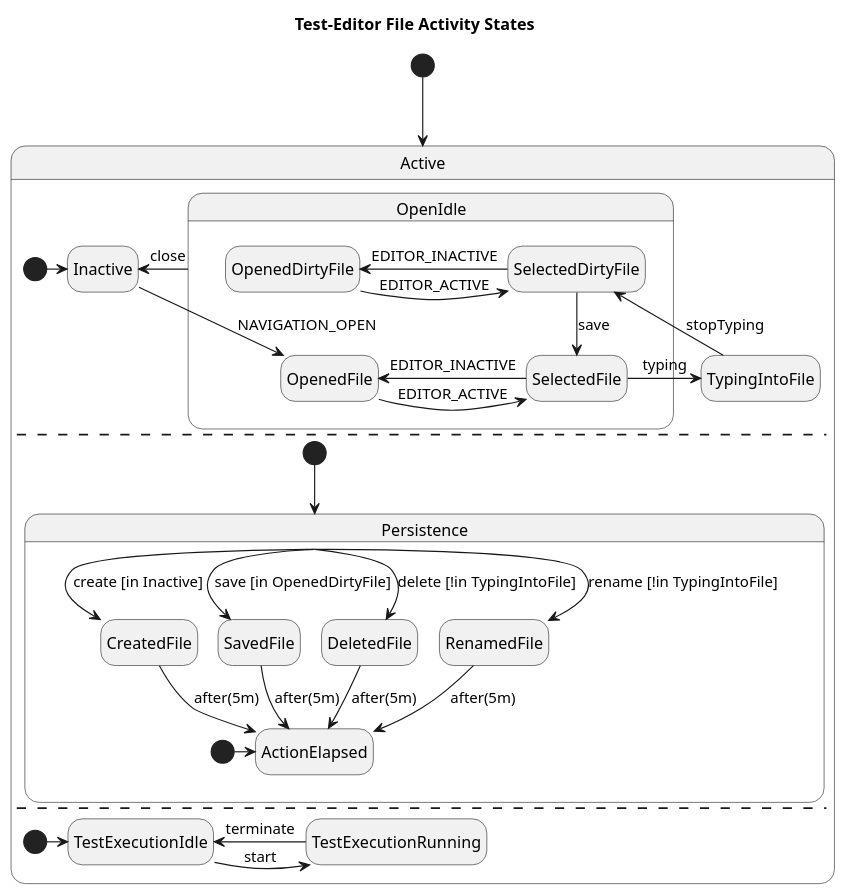
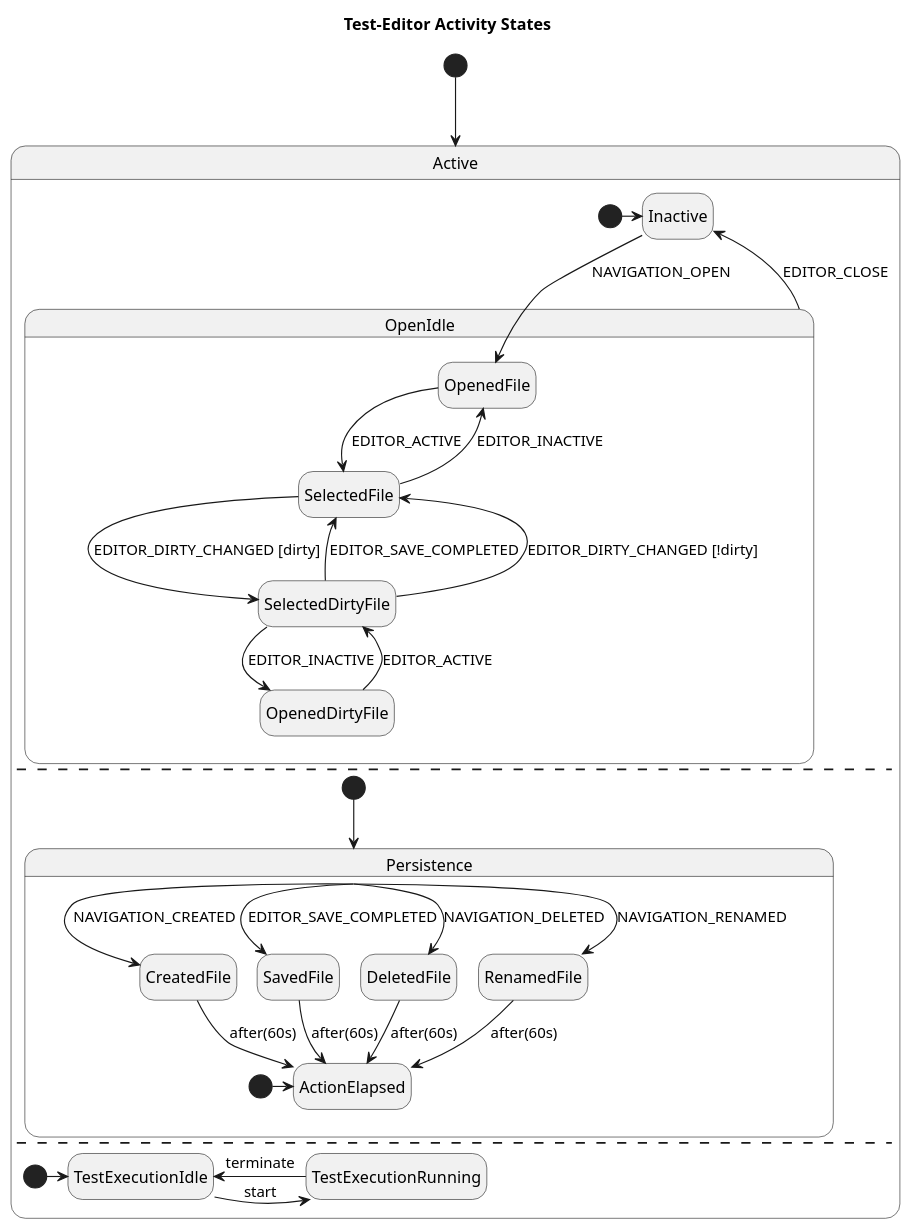
Before and after one commit to test-editor/test-editor-web: the diagram in src/app/user-activity-config/doc/user-activity.plantuml, drawn with PlantUML.

Commit message:
update state chart to reflect user activity config

```diff
--- a/src/app/user-activity-config/doc/user-activity.plantuml
+++ b/src/app/user-activity-config/doc/user-activity.plantuml
@@ -1,46 +1,52 @@
 @startuml
 
-title Test-Editor File Activity States
+title Test-Editor Activity States
 hide empty description
+skinparam Monochrome true
 
 [*] --> Active
 state Active {
   [*] -> Inactive
 
   state OpenIdle {
     state OpenedFile
     state OpenedDirtyFile
     state SelectedFile
     state SelectedDirtyFile
   }
 
-  TypingIntoFile --> SelectedDirtyFile : stopTyping
-  SelectedFile -> TypingIntoFile : typing
   Inactive --> OpenedFile : NAVIGATION_OPEN
-  OpenIdle --> Inactive : close
-  OpenedFile -> SelectedFile : EDITOR_ACTIVE
-  SelectedFile -> OpenedFile : EDITOR_INACTIVE
-  OpenedDirtyFile -right-> SelectedDirtyFile : EDITOR_ACTIVE
-  SelectedDirtyFile -left-> OpenedDirtyFile : EDITOR_INACTIVE
-  SelectedDirtyFile --> SelectedFile : save
+  OpenIdle --> Inactive : EDITOR_CLOSE
+  OpenedFile --> SelectedFile : EDITOR_ACTIVE
+  SelectedFile --> OpenedFile : EDITOR_INACTIVE
+  OpenedDirtyFile --> SelectedDirtyFile : EDITOR_ACTIVE
+  SelectedDirtyFile --> OpenedDirtyFile : EDITOR_INACTIVE
+  SelectedDirtyFile --> SelectedFile : EDITOR_SAVE_COMPLETED
+  SelectedDirtyFile --> SelectedFile : EDITOR_DIRTY_CHANGED [!dirty]
+  SelectedFile --> SelectedDirtyFile : EDITOR_DIRTY_CHANGED [dirty]
+
+  ' state TypingIntoFile as "<color: grey>TypingIntoFile"
+  ' note bottom of TypingIntoFile : Not implemented
+  ' TypingIntoFile -[#grey]-> SelectedDirtyFile : <color: grey>stopTyping
+  ' SelectedFile -[#grey]> TypingIntoFile : <color: grey>typing
 
   --
   [*] --> Persistence
   state Persistence {
     [*] -> ActionElapsed
-    Persistence --> CreatedFile : create [in Inactive]
-    Persistence --> SavedFile : save [in OpenedDirtyFile]
-    Persistence --> DeletedFile : delete [!in TypingIntoFile]
-    Persistence --> RenamedFile : rename [!in TypingIntoFile]
-    CreatedFile --> ActionElapsed : after(5m)
-    SavedFile --> ActionElapsed : after(5m)
-    DeletedFile --> ActionElapsed : after(5m)
-    RenamedFile --> ActionElapsed : after(5m)
+    Persistence --> CreatedFile : NAVIGATION_CREATED
+    Persistence --> SavedFile : EDITOR_SAVE_COMPLETED
+    Persistence --> DeletedFile : NAVIGATION_DELETED
+    Persistence --> RenamedFile : NAVIGATION_RENAMED
+    CreatedFile --> ActionElapsed : after(60s)
+    SavedFile --> ActionElapsed : after(60s)
+    DeletedFile --> ActionElapsed : after(60s)
+    RenamedFile --> ActionElapsed : after(60s)
   }
   --
   [*] -> TestExecutionIdle
   TestExecutionIdle -> TestExecutionRunning: start
   TestExecutionRunning -> TestExecutionIdle : terminate
 }
 
 @enduml
```
